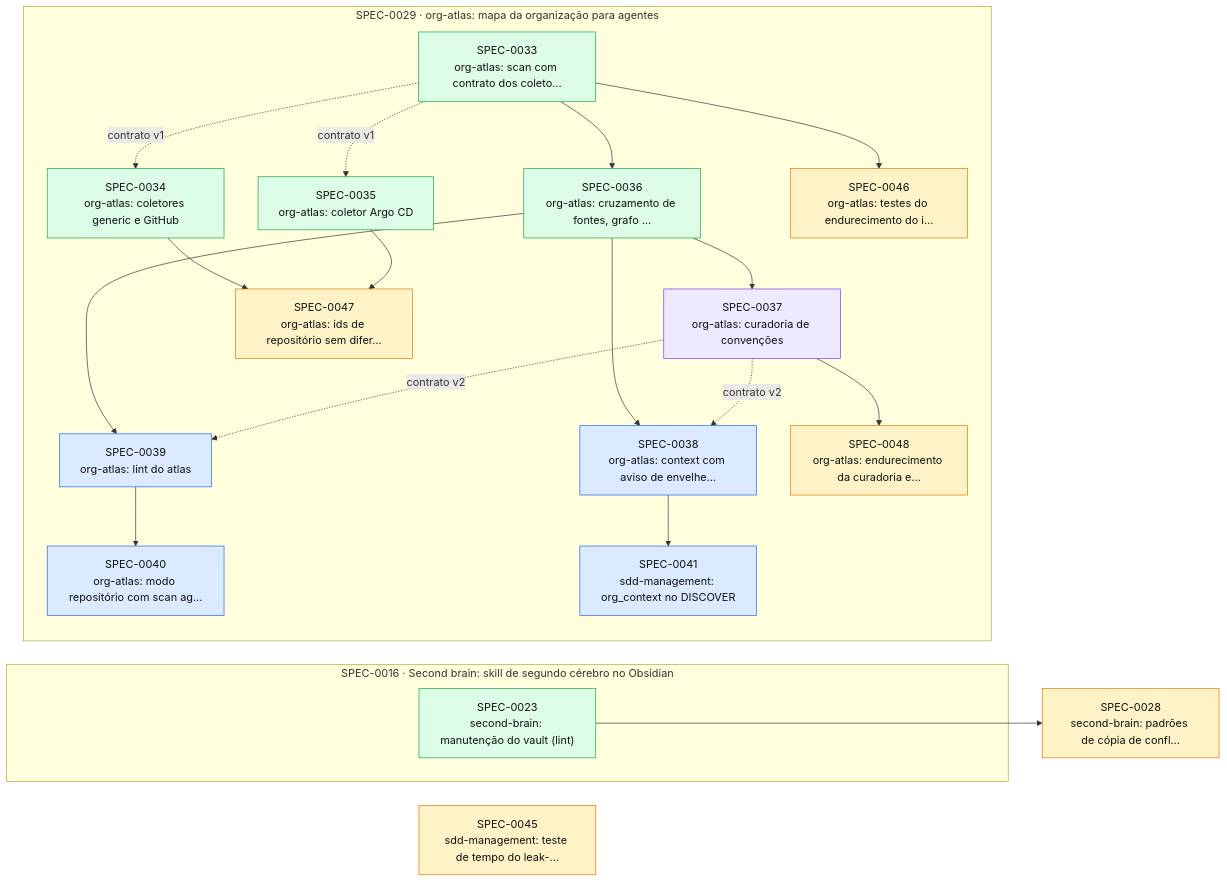
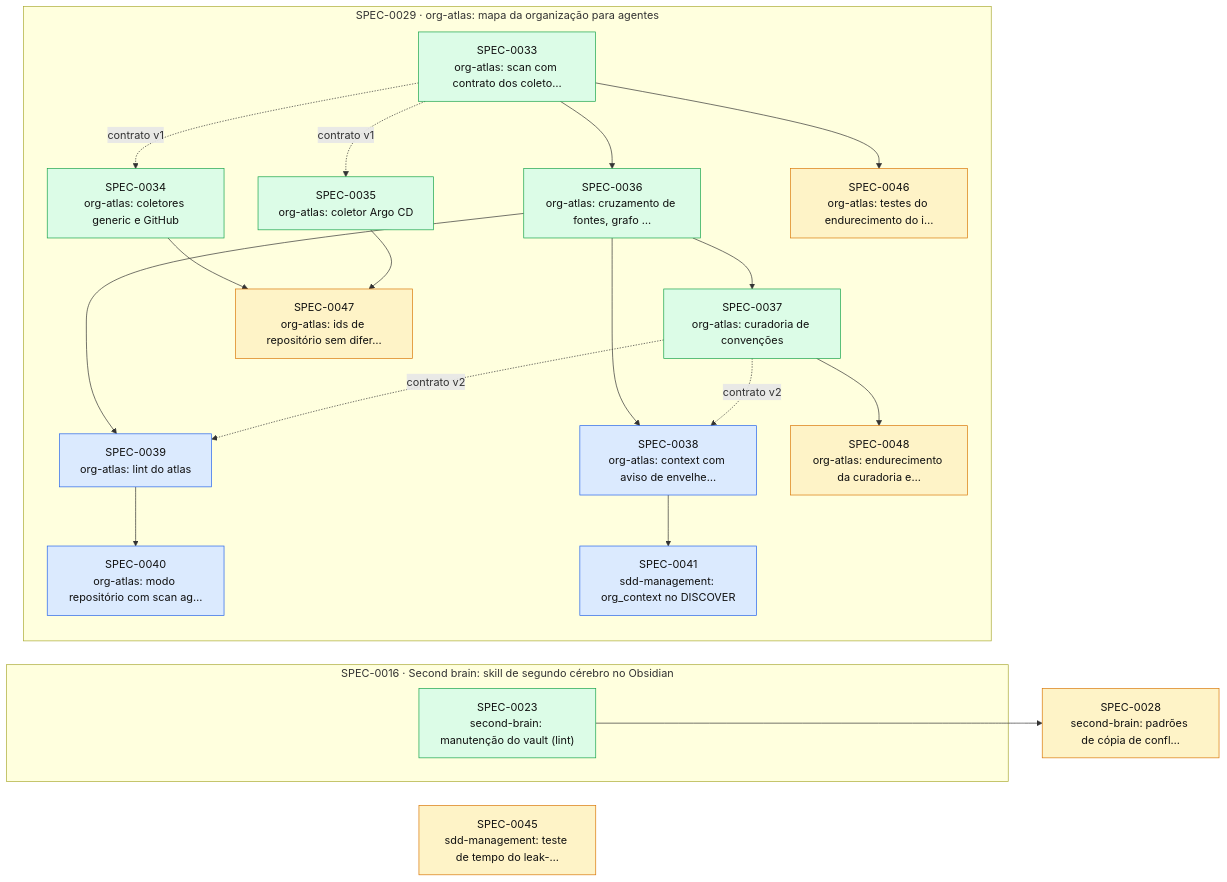
Before and after one commit to thomasravache/ai-dev-brain: the diagram in docs/specs/INDEX.md, drawn with Mermaid. The commit also changed other lines of this file and 1 other file, not shown here.

First line of the commit message:
docs(specs): G7 e fechamento da SPEC-0037

````diff
--- a/docs/specs/INDEX.md
+++ b/docs/specs/INDEX.md
@@ -57,42 +56,42 @@
 ```mermaid
 flowchart LR
   S0028["SPEC-0028<br/>second-brain: padrões de cópia de confl…"]:::proposed
   S0045["SPEC-0045<br/>sdd-management: teste de tempo do leak-…"]:::proposed
   subgraph E0016["SPEC-0016 · Second brain: skill de segundo cérebro no Obsidian"]
     S0023["SPEC-0023<br/>second-brain: manutenção do vault (lint)"]:::implemented
   end
   subgraph E0029["SPEC-0029 · org-atlas: mapa da organização para agentes"]
     S0033["SPEC-0033<br/>org-atlas: scan com contrato dos coleto…"]:::implemented
     S0034["SPEC-0034<br/>org-atlas: coletores generic e GitHub"]:::implemented
     S0035["SPEC-0035<br/>org-atlas: coletor Argo CD"]:::implemented
     S0036["SPEC-0036<br/>org-atlas: cruzamento de fontes, grafo …"]:::implemented
-    S0037["SPEC-0037<br/>org-atlas: curadoria de convenções"]:::inprogress
+    S0037["SPEC-0037<br/>org-atlas: curadoria de convenções"]:::implemented
     S0038["SPEC-0038<br/>org-atlas: context com aviso de envelhe…"]:::approved
     S0039["SPEC-0039<br/>org-atlas: lint do atlas"]:::approved
     S0040["SPEC-0040<br/>org-atlas: modo repositório com scan ag…"]:::approved
     S0041["SPEC-0041<br/>sdd-management: org_context no DISCOVER"]:::approved
     S0046["SPEC-0046<br/>org-atlas: testes do endurecimento do i…"]:::proposed
     S0047["SPEC-0047<br/>org-atlas: ids de repositório sem difer…"]:::proposed
     S0048["SPEC-0048<br/>org-atlas: endurecimento da curadoria e…"]:::proposed
   end
   S0023 --> S0028
   S0033 -. contrato v1 .-> S0034
   S0033 -. contrato v1 .-> S0035
   S0033 --> S0036
   S0036 --> S0037
   S0036 --> S0038
   S0037 -. contrato v2 .-> S0038
   S0036 --> S0039
   S0037 -. contrato v2 .-> S0039
   S0039 --> S0040
   S0038 --> S0041
   S0033 --> S0046
   S0034 --> S0047
   S0035 --> S0047
   S0037 --> S0048
   classDef proposed fill:#fef3c7,stroke:#d97706,color:#111
   classDef approved fill:#dbeafe,stroke:#2563eb,color:#111
   classDef inprogress fill:#ede9fe,stroke:#7c3aed,color:#111
   classDef implemented fill:#dcfce7,stroke:#16a34a,color:#111
   classDef deprecated fill:#f3f4f6,stroke:#9ca3af,color:#6b7280
 ```
````
